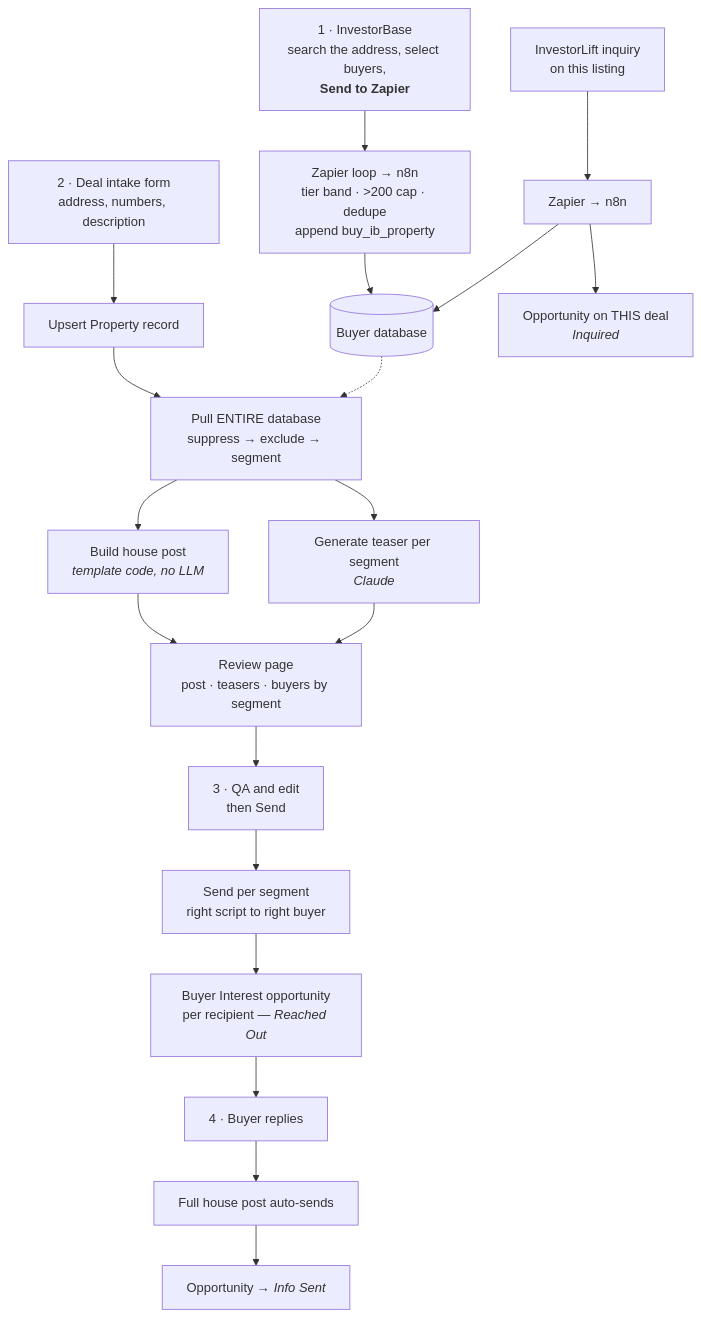
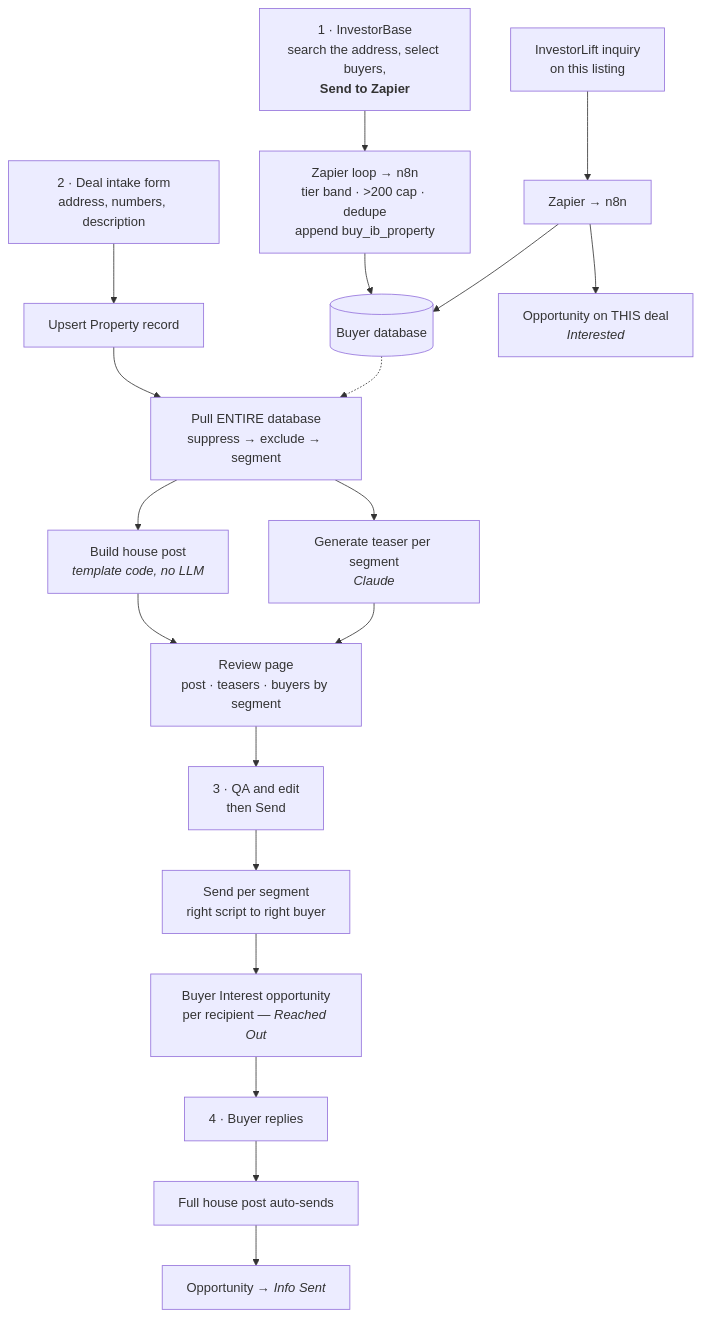
The fourth of 5 diagrams in dispo-machine/ARCHITECTURE.md (jfeelio/buying-hero-bot), drawn with Mermaid before and after one commit. The commit also changed other lines of this file and 21 other files, not shown here.

````diff
--- a/dispo-machine/ARCHITECTURE.md
+++ b/dispo-machine/ARCHITECTURE.md
@@ -151,26 +148,26 @@
 ```mermaid
 flowchart TD
   A["1 · InvestorBase<br/>search the address, select buyers,<br/><b>Send to Zapier</b>"] --> B["Zapier loop → n8n<br/>tier band · >200 cap · dedupe<br/>append buy_ib_property"]
   B --> DB[("Buyer database")]
 
   C["2 · Deal intake form<br/>address, numbers, description"] --> D["Upsert Property record"]
   D --> E["Pull ENTIRE database<br/>suppress → exclude → segment"]
   E --> F["Build house post<br/><i>template code, no LLM</i>"]
   E --> G["Generate teaser per segment<br/><i>Claude</i>"]
   F --> H["Review page<br/>post · teasers · buyers by segment"]
   G --> H
 
   H --> I["3 · QA and edit<br/>then Send"]
   I --> J["Send per segment<br/>right script to right buyer"]
   J --> K["Buyer Interest opportunity<br/>per recipient — <i>Reached Out</i>"]
 
   K --> L["4 · Buyer replies"]
   L --> M["Full house post auto-sends"]
   M --> N["Opportunity → <i>Info Sent</i>"]
 
   O["InvestorLift inquiry<br/>on this listing"] --> P["Zapier → n8n"]
   P --> DB
-  P --> Q["Opportunity on THIS deal<br/><i>Inquired</i>"]
+  P --> Q["Opportunity on THIS deal<br/><i>Interested</i>"]
 
   DB -.-> E
 ```
````
